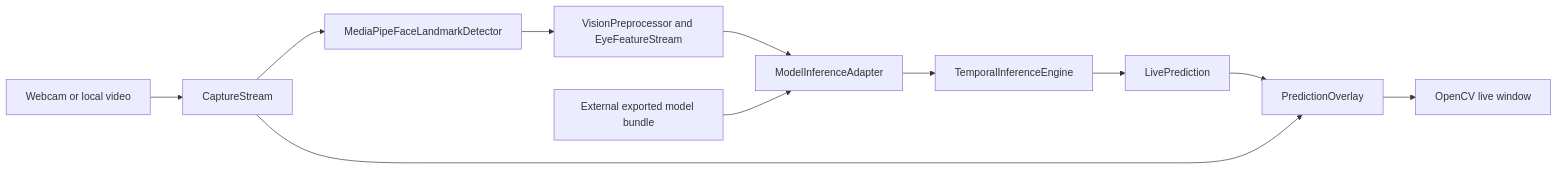
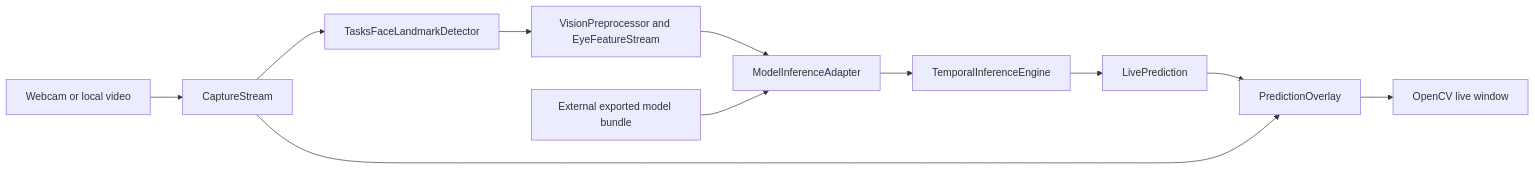
The first of 3 diagrams in docs/architecture.md (phoclosm/vigil-drowsiness-detection), drawn with Mermaid before and after one commit. The commit also changed other lines of this file and 4 other files, not shown here.

````diff
--- a/docs/architecture.md
+++ b/docs/architecture.md
@@ -13,13 +13,13 @@
 ```mermaid
 flowchart LR
     source[Webcam or local video] --> capture[CaptureStream]
-    capture --> landmarks[MediaPipeFaceLandmarkDetector]
+    capture --> landmarks[TasksFaceLandmarkDetector]
     landmarks --> features[VisionPreprocessor and EyeFeatureStream]
     features --> adapter[ModelInferenceAdapter]
     checkpoint[External exported model bundle] --> adapter
     adapter --> engine[TemporalInferenceEngine]
     engine --> prediction[LivePrediction]
     prediction --> overlay[PredictionOverlay]
     capture --> overlay
     overlay --> display[OpenCV live window]
 ```
````
